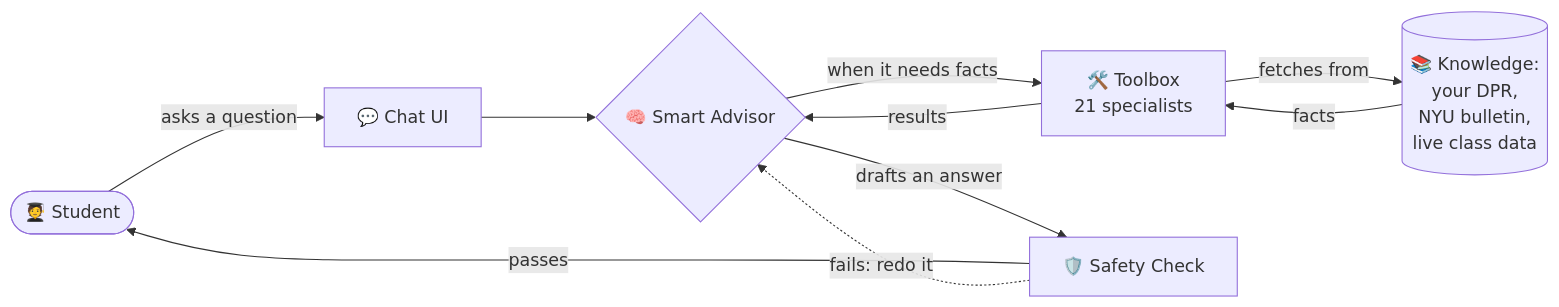
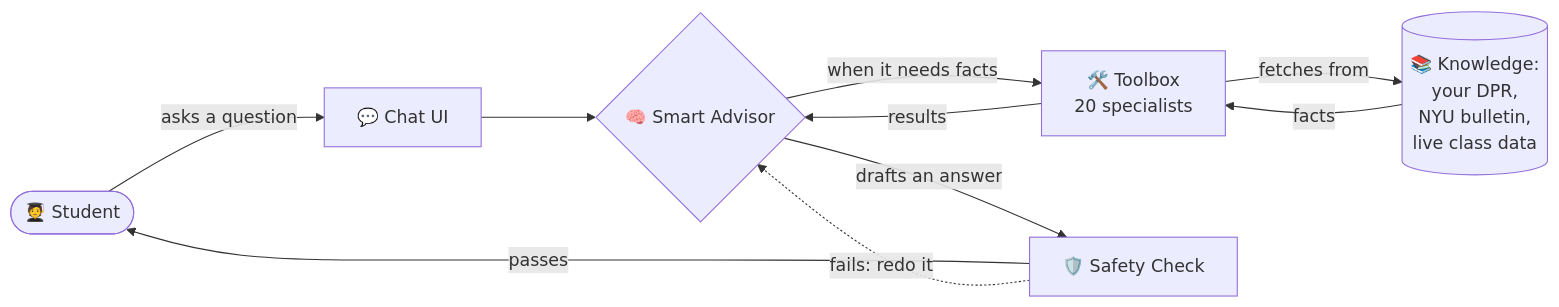
The first of 5 diagrams in Docs/current-system/00-overview.md (EdoardoMongardi/NYU_Path), drawn with Mermaid before and after one commit. The commit also changed other lines of this file and 73 other files, not shown here.

````diff
--- a/Docs/current-system/00-overview.md
+++ b/Docs/current-system/00-overview.md
@@ -17,12 +19,12 @@
 ```mermaid
 graph LR
     STUDENT([🧑‍🎓 Student]) -->|asks a question| CHAT[💬 Chat UI]
     CHAT --> BRAIN{🧠 Smart Advisor}
-    BRAIN -->|when it needs facts| TOOLS[🛠️ Toolbox<br/>21 specialists]
+    BRAIN -->|when it needs facts| TOOLS[🛠️ Toolbox<br/>20 specialists]
     TOOLS -->|fetches from| MEMORY[(📚 Knowledge:<br/>your DPR,<br/>NYU bulletin,<br/>live class data)]
     MEMORY -->|facts| TOOLS
     TOOLS -->|results| BRAIN
     BRAIN -->|drafts an answer| GUARD[🛡️ Safety Check]
     GUARD -->|passes| STUDENT
     GUARD -.fails: redo it.-> BRAIN
 ```
````
